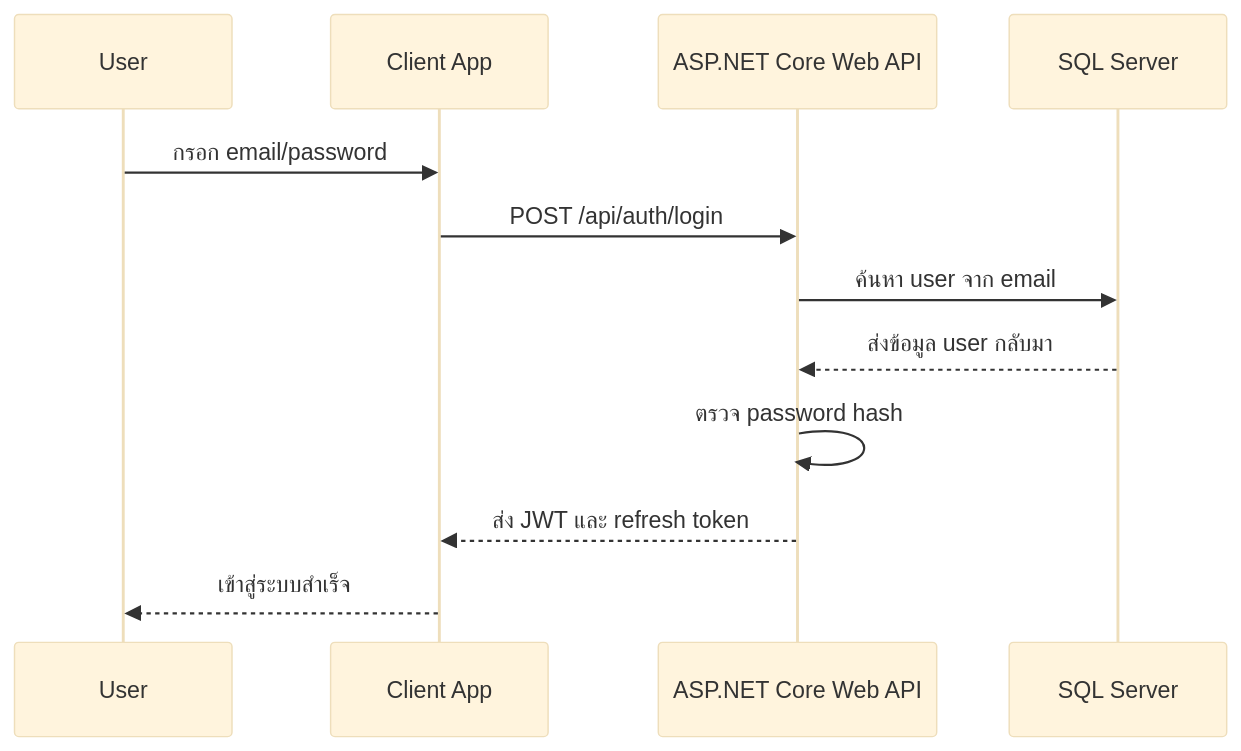
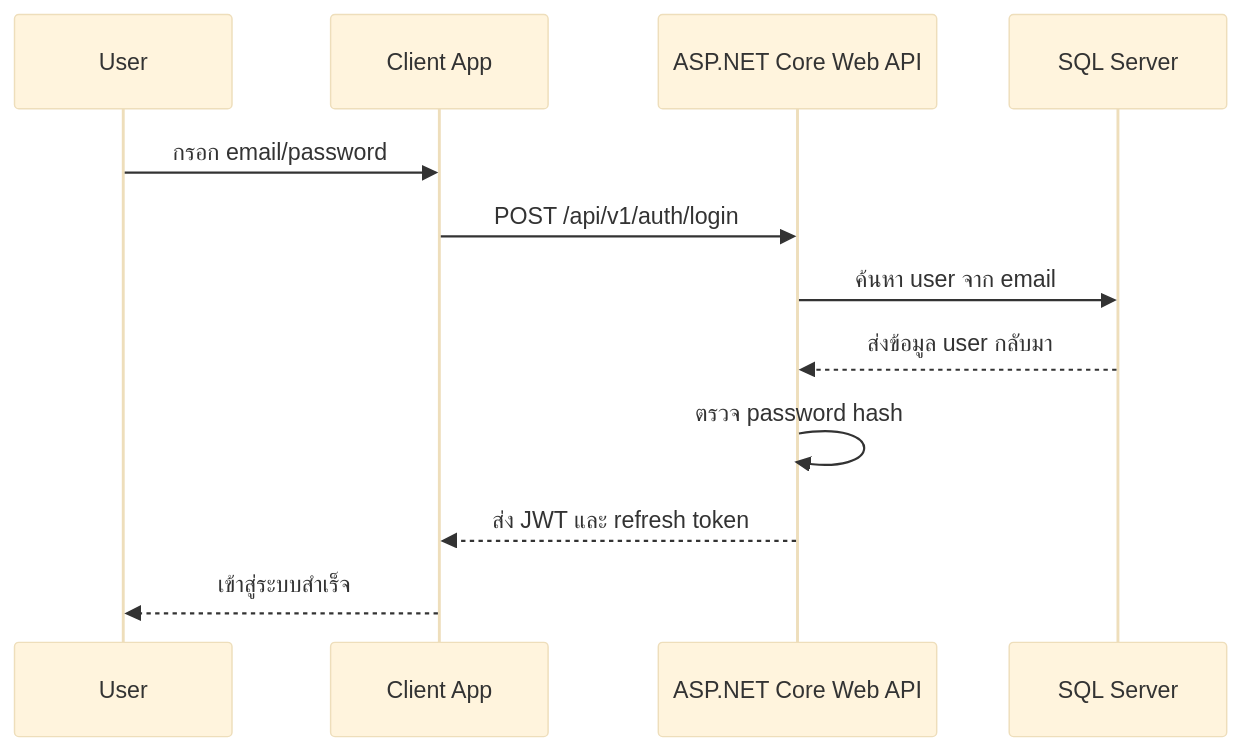
Before and after one commit to premix-labs/aspnet-core-web-api-tutorial-book: the second of 2 diagrams in src/content/docs/part-1-foundation/01-what-is-aspnet-core-web-api.md, drawn with Mermaid (base theme). The commit also changed other lines of this file and 89 other files, not shown here.

````diff
--- a/src/content/docs/part-1-foundation/01-what-is-aspnet-core-web-api.md
+++ b/src/content/docs/part-1-foundation/01-what-is-aspnet-core-web-api.md
@@ -109,15 +111,15 @@
 ```mermaid
 sequenceDiagram
     participant User as User
     participant Client as Client App
     participant API as ASP.NET Core Web API
     participant DB as SQL Server
 
     User->>Client: กรอก email/password
-    Client->>API: POST /api/auth/login
+    Client->>API: POST /api/v1/auth/login
     API->>DB: ค้นหา user จาก email
     DB-->>API: ส่งข้อมูล user กลับมา
     API->>API: ตรวจ password hash
     API-->>Client: ส่ง JWT และ refresh token
     Client-->>User: เข้าสู่ระบบสำเร็จ
 ```
````
